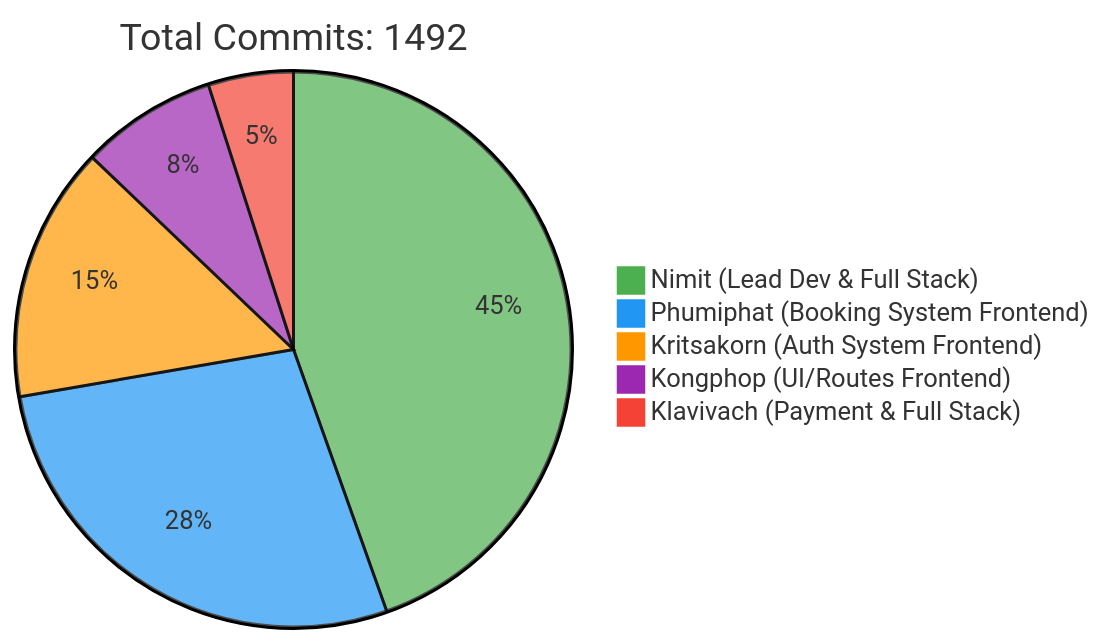
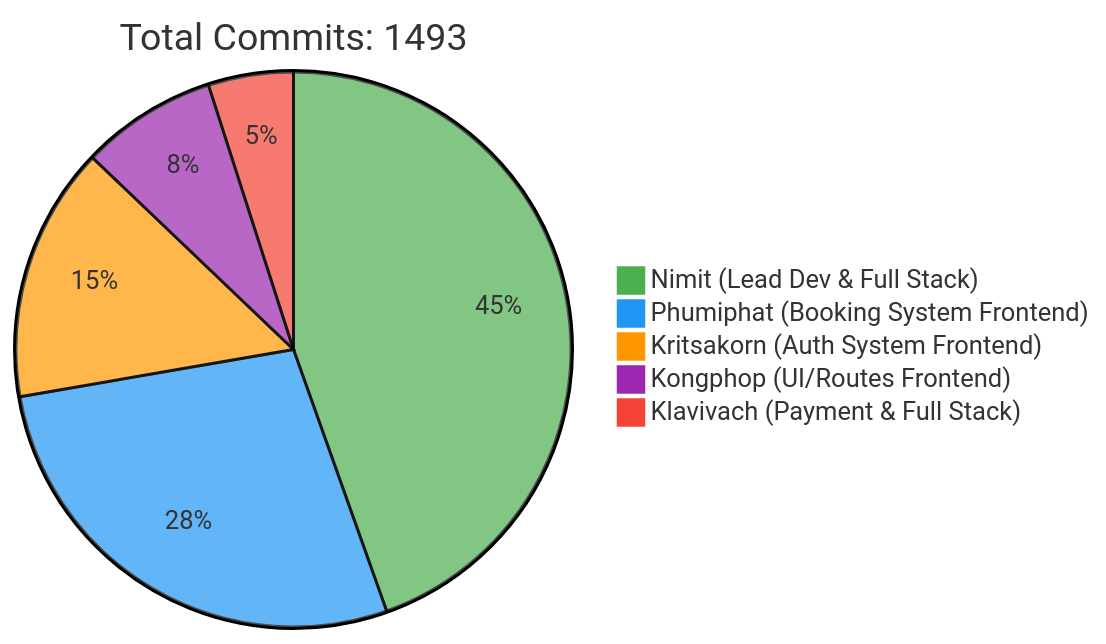
Before and after one commit to 6531503042/Sport-Complex: the first of 2 diagrams in README.md, drawn with Mermaid. The commit also changed other lines of this file, not shown here.

Commit message:
docs: Update contributor statistics [skip ci]

````diff
--- a/README.md
+++ b/README.md
@@ -257,10 +257,10 @@
 ```mermaid
 %%{init: {'theme': 'base', 'themeVariables': { 'pie1': '#4CAF50', 'pie2': '#2196F3', 'pie3': '#FF9800', 'pie4': '#9C27B0', 'pie5': '#F44336'}}}%%
 pie
-    title Total Commits: 1492
+    title Total Commits: 1493
     "Nimit (Lead Dev & Full Stack)" : 450
     "Phumiphat (Booking System Frontend)" : 280
     "Kritsakorn (Auth System Frontend)" : 150
     "Kongphop (UI/Routes Frontend)" : 80
     "Klavivach (Payment & Full Stack)" : 50
 ```
````
